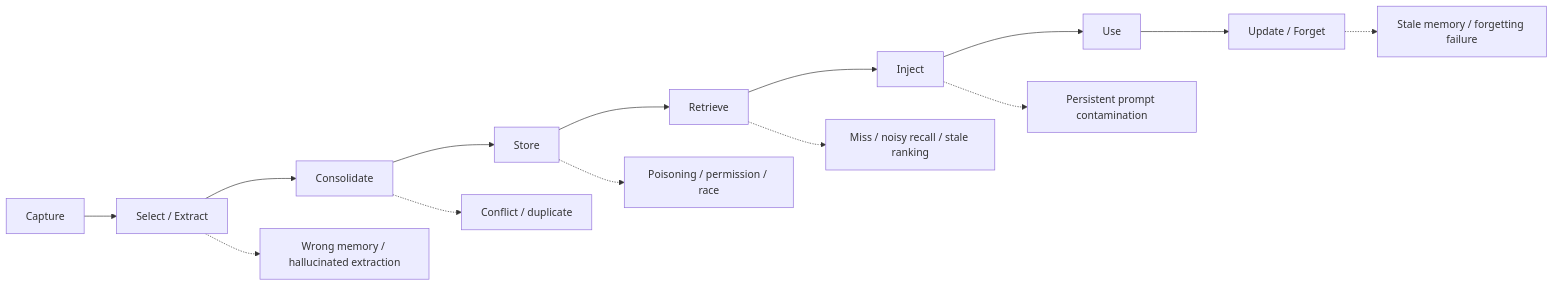
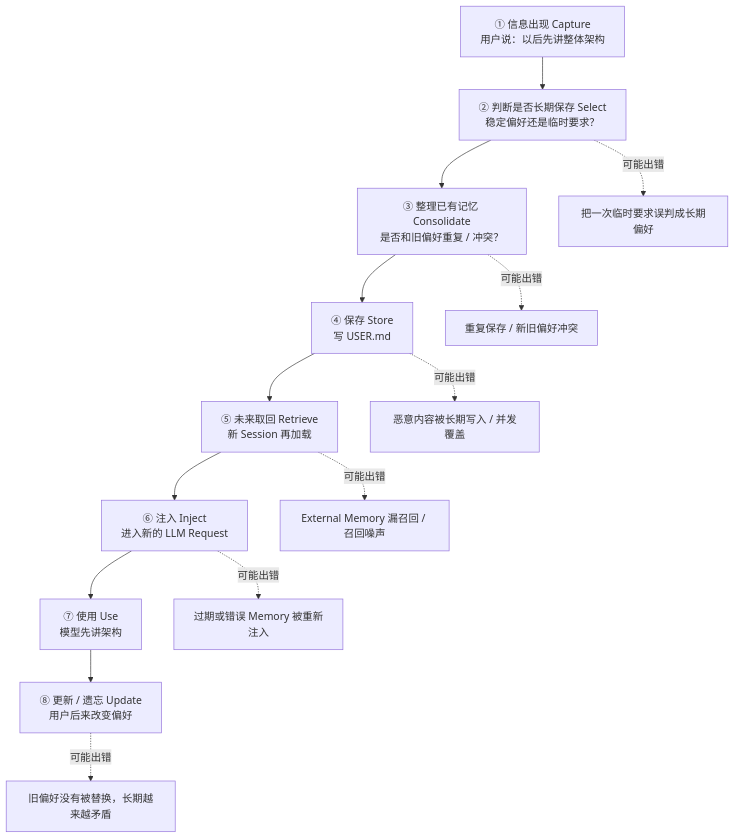
Before and after one commit to SodaWWater/AI-Learn: diagram 15 of 15 in learning/hermes-vault/chapters/06-memory-history-external-provider.md, drawn with Mermaid. The commit also changed other lines of this file, not shown here.

Commit message:
docs: clarify Hermes memory architecture and teaching flow

````diff
--- a/learning/hermes-vault/chapters/06-memory-history-external-provider.md
+++ b/learning/hermes-vault/chapters/06-memory-history-external-provider.md
@@ -1560,11 +1920,17 @@
 ```mermaid
-flowchart LR
-    A["Capture"] --> B["Select / Extract"] --> C["Consolidate"] --> D["Store"] --> E["Retrieve"] --> F["Inject"] --> G["Use"] --> H["Update / Forget"]
+flowchart TD
+    A["① 信息出现 Capture<br/>用户说：以后先讲整体架构"] --> B["② 判断是否长期保存 Select<br/>稳定偏好还是临时要求？"]
+    B --> C["③ 整理已有记忆 Consolidate<br/>是否和旧偏好重复 / 冲突？"]
+    C --> D["④ 保存 Store<br/>写 USER.md"]
+    D --> E["⑤ 未来取回 Retrieve<br/>新 Session 再加载"]
+    E --> F["⑥ 注入 Inject<br/>进入新的 LLM Request"]
+    F --> G["⑦ 使用 Use<br/>模型先讲架构"]
+    G --> H["⑧ 更新 / 遗忘 Update<br/>用户后来改变偏好"]
 
-    B -.-> B1["Wrong memory / hallucinated extraction"]
-    C -.-> C1["Conflict / duplicate"]
-    D -.-> D1["Poisoning / permission / race"]
-    E -.-> E1["Miss / noisy recall / stale ranking"]
-    F -.-> F1["Persistent prompt contamination"]
-    H -.-> H1["Stale memory / forgetting failure"]
+    B -."可能出错".-> B1["把一次临时要求误判成长期偏好"]
+    C -."可能出错".-> C1["重复保存 / 新旧偏好冲突"]
+    D -."可能出错".-> D1["恶意内容被长期写入 / 并发覆盖"]
+    E -."可能出错".-> E1["External Memory 漏召回 / 召回噪声"]
+    F -."可能出错".-> F1["过期或错误 Memory 被重新注入"]
+    H -."可能出错".-> H1["旧偏好没有被替换，长期越来越矛盾"]
 ```
````
